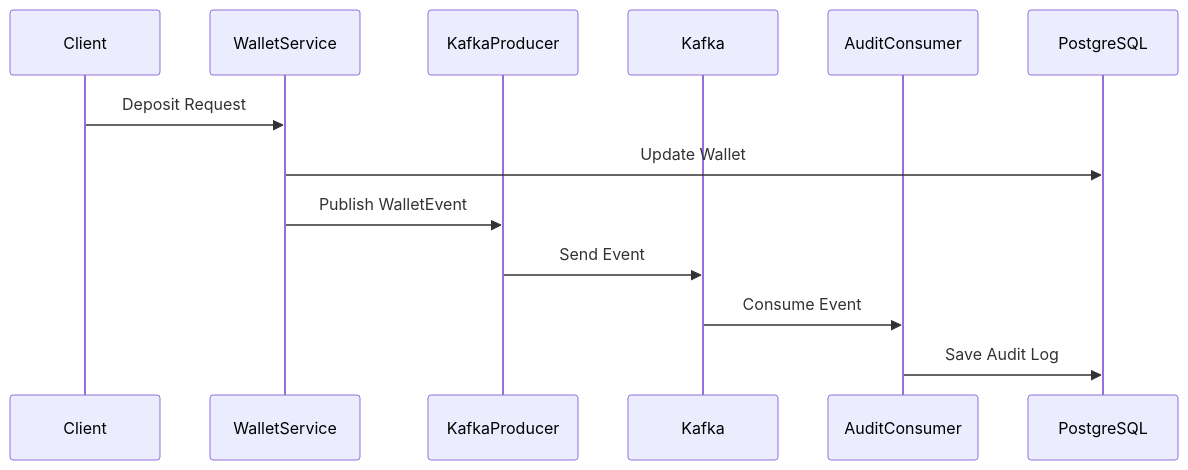
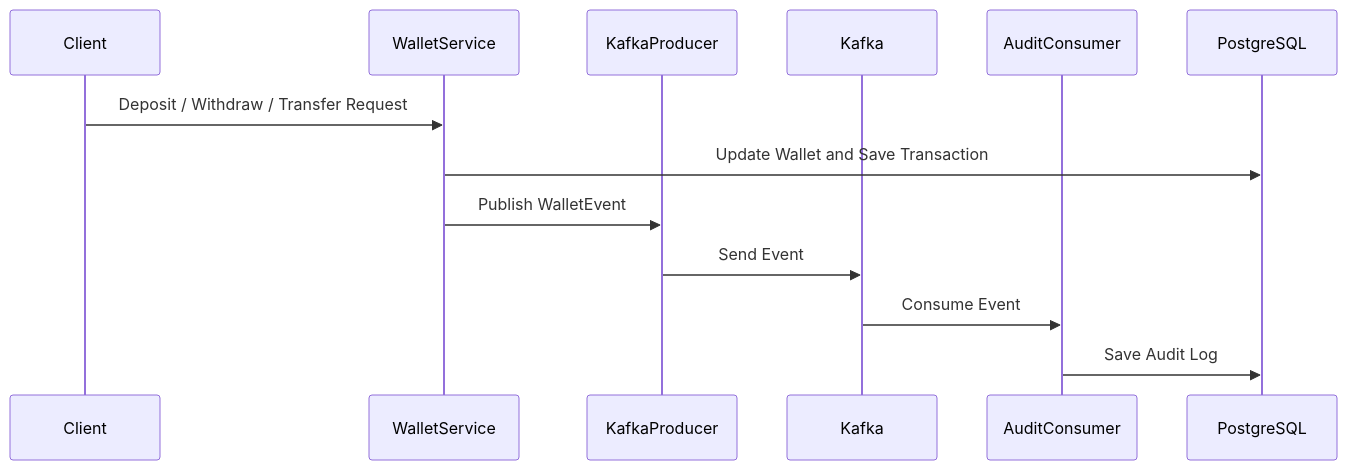
One commit to siddhants4000/enterprise-digital-wallet changed the second of 4 diagrams in README.md. Above: the diagram before and after it, drawn with Mermaid. The commit also changed other lines of this file, not shown here.

````diff
--- a/README.md
+++ b/README.md
@@ -156,22 +178,22 @@
 ```mermaid
 sequenceDiagram
 
     participant Client
     participant WalletService
     participant KafkaProducer
     participant Kafka
     participant AuditConsumer
     participant PostgreSQL
 
-    Client->>WalletService: Deposit Request
+    Client->>WalletService: Deposit / Withdraw / Transfer Request
 
-    WalletService->>PostgreSQL: Update Wallet
+    WalletService->>PostgreSQL: Update Wallet and Save Transaction
 
     WalletService->>KafkaProducer: Publish WalletEvent
 
     KafkaProducer->>Kafka: Send Event
 
     Kafka->>AuditConsumer: Consume Event
 
     AuditConsumer->>PostgreSQL: Save Audit Log
 ```
````
